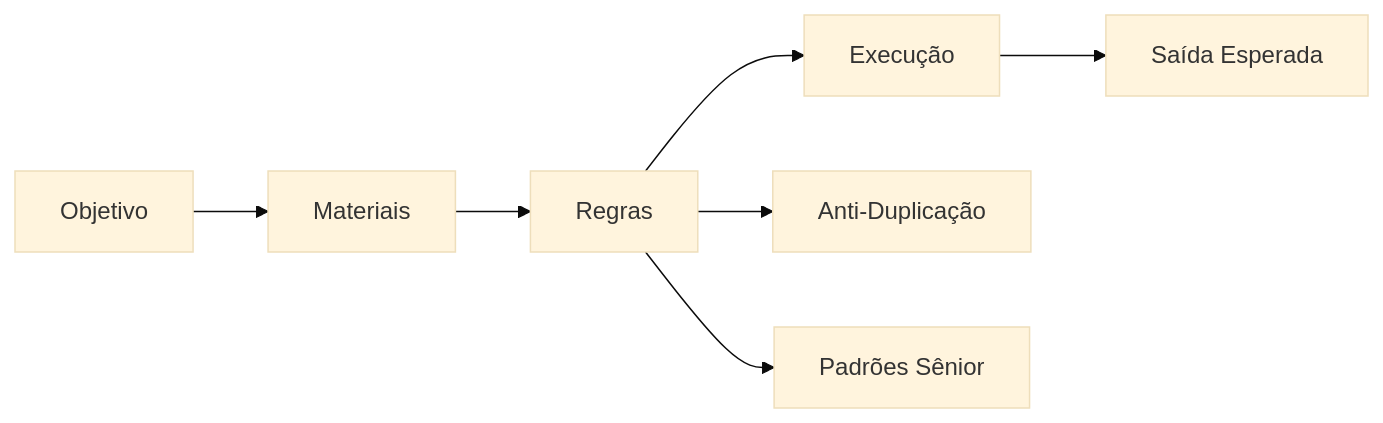
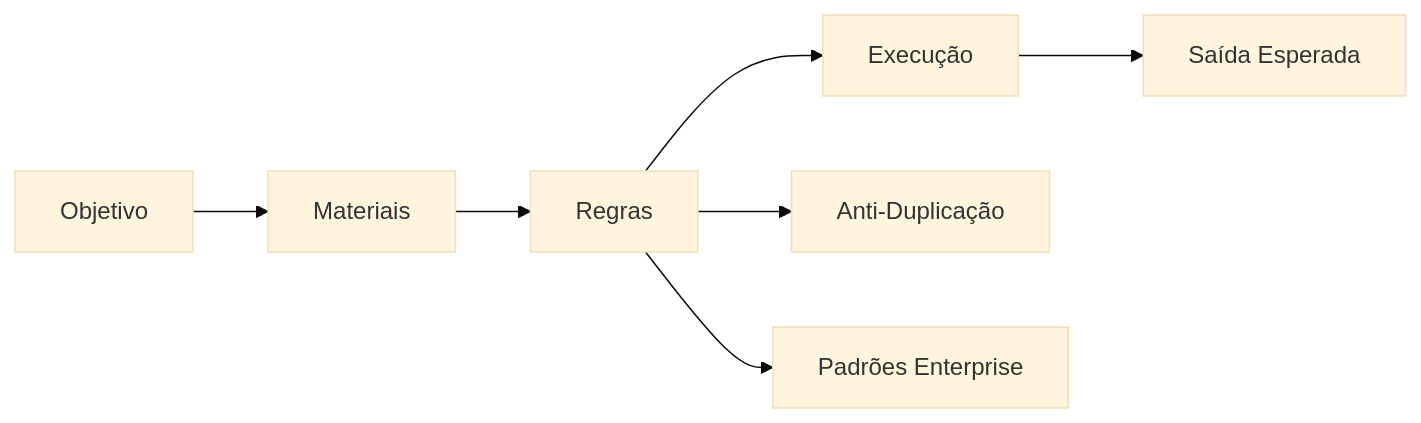
The diagram in packages/skill-master-template/SKILL.master.md (rmvieira6/generator-skills), drawn with Mermaid (base theme) before and after one commit. The commit also changed other lines of this file and 11 other files, not shown here.

Commit message:
refactor: rename senior rules to enterprise standards across templates. Rename SENIOR_RULES_BLOCK to ENTERPRISE_RULES_BLOCK and update all references in claude_skill.py, copilot_instructions.py, cursor_rules.py, and common.py. Update README.md to reflect "Padrões Enterprise" terminology.

````diff
--- a/packages/skill-master-template/SKILL.master.md
+++ b/packages/skill-master-template/SKILL.master.md
@@ -9,9 +9,9 @@
 ```mermaid
 graph LR
     OBJ[Objetivo] --> MAT[Materiais]
     MAT --> REG[Regras]
     REG --> EXEC[Execução]
     REG --> ANTI[Anti-Duplicação]
-    REG --> SENIOR[Padrões Sênior]
+    REG --> ENTERPRISE[Padrões Enterprise]
     EXEC --> OUT[Saída Esperada]
 ```
````
